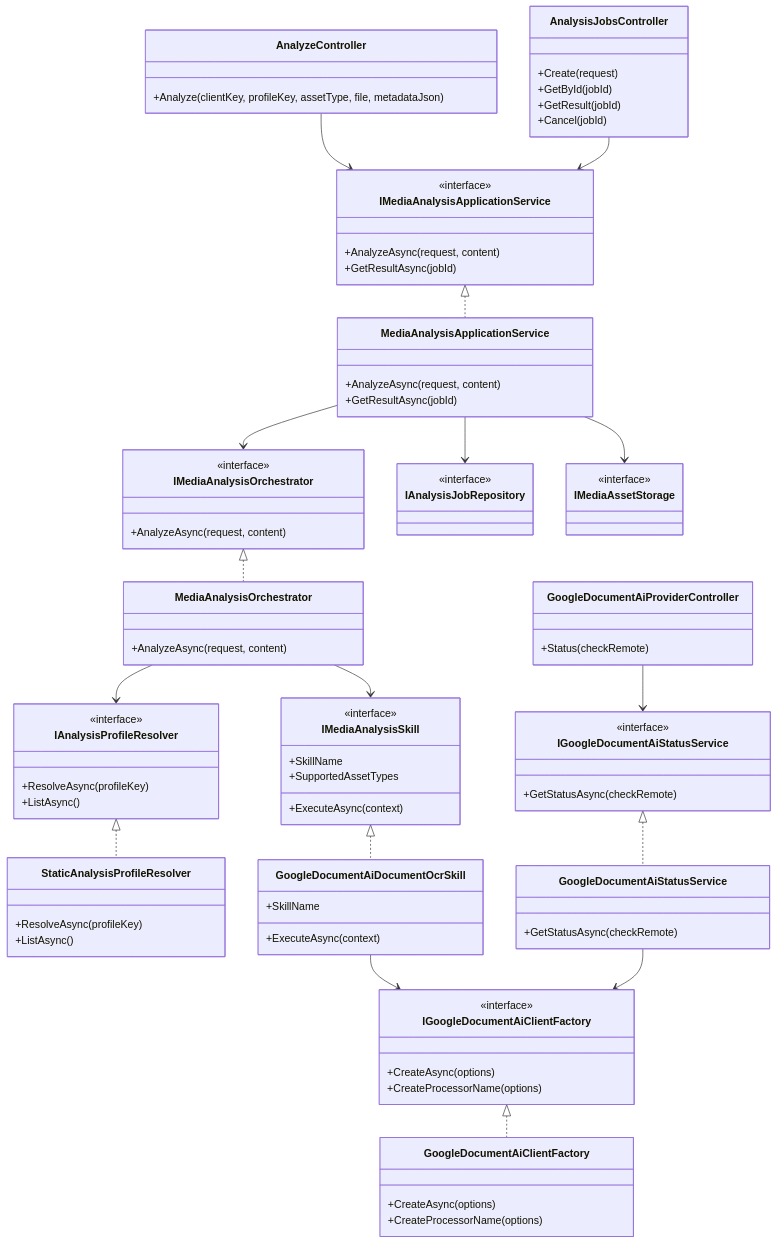
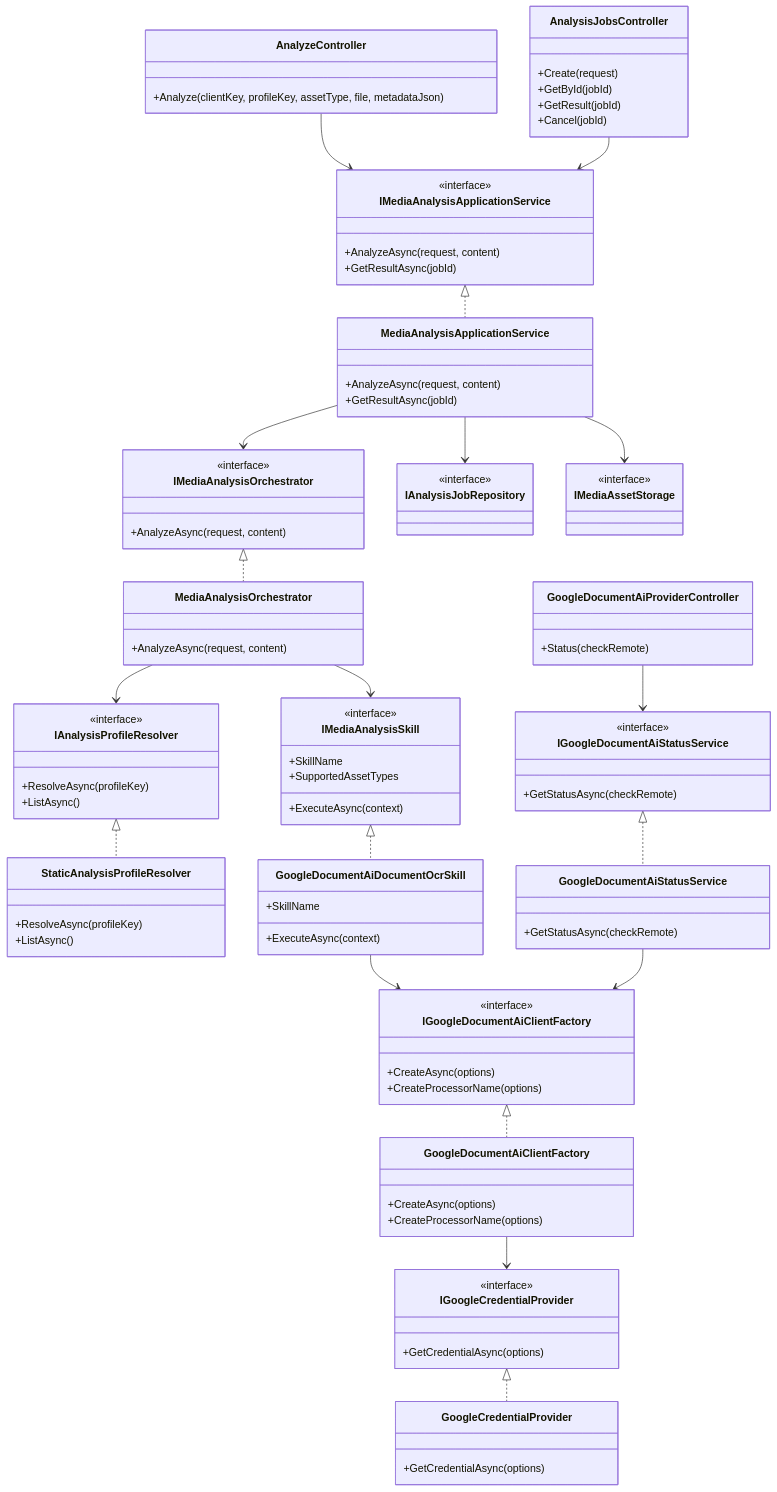
One commit to lokomurdok89/DeValpo.MediaIntelligence changed the fifth of 7 diagrams in README.md. Above: the diagram before and after it, drawn with Mermaid. The commit also changed other lines of this file and 27 other files, not shown here.

````diff
--- a/README.md
+++ b/README.md
@@ -225,6 +227,15 @@
         +CreateProcessorName(options)
     }
 
+    class IGoogleCredentialProvider {
+        <<interface>>
+        +GetCredentialAsync(options)
+    }
+
+    class GoogleCredentialProvider {
+        +GetCredentialAsync(options)
+    }
+
     class IGoogleDocumentAiStatusService {
         <<interface>>
         +GetStatusAsync(checkRemote)
@@ -256,6 +267,8 @@
     IMediaAnalysisSkill <|.. GoogleDocumentAiDocumentOcrSkill
     GoogleDocumentAiDocumentOcrSkill --> IGoogleDocumentAiClientFactory
     IGoogleDocumentAiClientFactory <|.. GoogleDocumentAiClientFactory
+    GoogleDocumentAiClientFactory --> IGoogleCredentialProvider
+    IGoogleCredentialProvider <|.. GoogleCredentialProvider
     IGoogleDocumentAiStatusService <|.. GoogleDocumentAiStatusService
     GoogleDocumentAiStatusService --> IGoogleDocumentAiClientFactory
 ```
````
